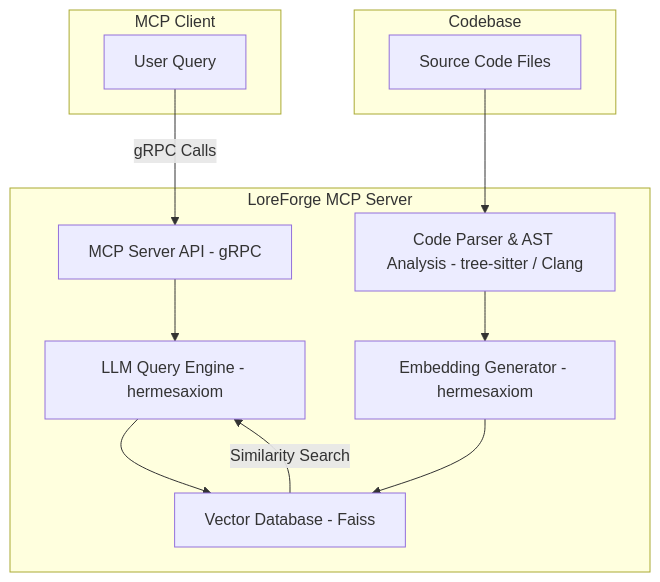
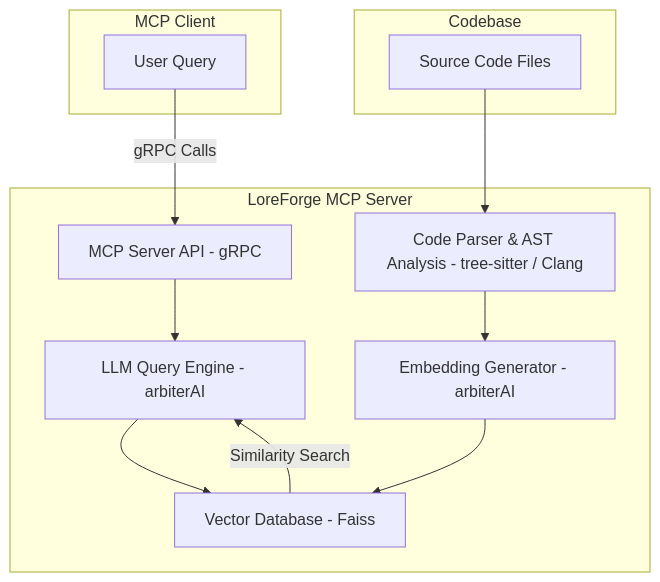
Before and after one commit to caseymcc/loreforge: the diagram in docs/development_plan.md, drawn with Mermaid. The commit also changed other lines of this file and 20 other files, not shown here.

````diff
--- a/docs/development_plan.md
+++ b/docs/development_plan.md
@@ -26,26 +26,26 @@
 ```mermaid
 graph TD
     subgraph "MCP Client"
         A[User Query]
     end
 
     subgraph "LoreForge MCP Server"
         B[MCP Server API - gRPC]
-        C[LLM Query Engine - hermesaxiom]
+        C[LLM Query Engine - arbiterAI]
         D[Vector Database - Faiss]
-        E[Embedding Generator - hermesaxiom]
+        E[Embedding Generator - arbiterAI]
         F[Code Parser & AST Analysis - tree-sitter / Clang]
     end
 
     subgraph "Codebase"
         G[Source Code Files]
     end
 
     A -- "gRPC Calls" --> B
     B --> C
     C --> D
     D -- "Similarity Search" --> C
     F --> E
     E --> D
     G --> F
 ```
````
